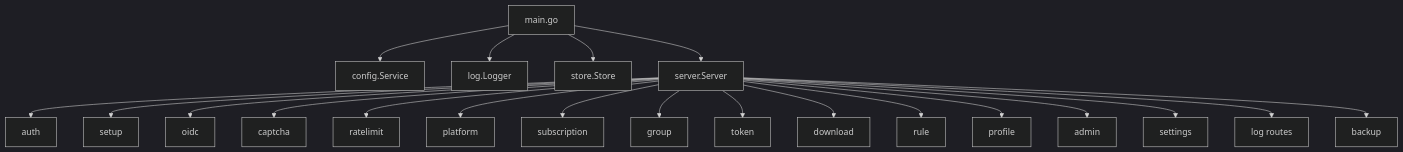
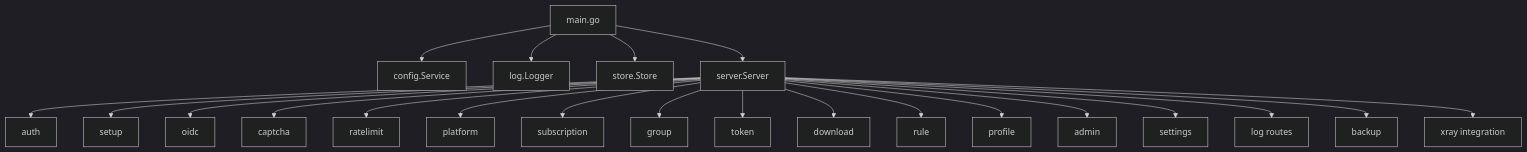
Before and after one commit to AlcaProphet/VPN-Subscription-Management: the tenth of 10 diagrams in .qoder/repowiki/zh/content/部署与运维/部署与运维.md, drawn with Mermaid (dark theme). The commit also changed other lines of this file and 109 other files, not shown here.

````diff
--- a/.qoder/repowiki/zh/content/部署与运维/部署与运维.md
+++ b/.qoder/repowiki/zh/content/部署与运维/部署与运维.md
@@ -298,23 +348,24 @@
 ```mermaid
 graph TB
 M["main.go"] --> CFG["config.Service"]
 M --> LOG["log.Logger"]
 M --> ST["store.Store"]
 M --> SRV["server.Server"]
 SRV --> AUTH["auth"]
 SRV --> SETUP["setup"]
 SRV --> OIDC["oidc"]
 SRV --> CAPTCHA["captcha"]
 SRV --> RATE["ratelimit"]
 SRV --> PLAT["platform"]
 SRV --> SUB["subscription"]
 SRV --> GROUP["group"]
 SRV --> TOKEN["token"]
 SRV --> DL["download"]
 SRV --> RULE["rule"]
 SRV --> PROFILE["profile"]
 SRV --> ADMIN["admin"]
 SRV --> SETTINGS["settings"]
 SRV --> LOGAPI["log routes"]
 SRV --> BACKUP["backup"]
+SRV --> XRAY["xray integration"]
 ```
````
